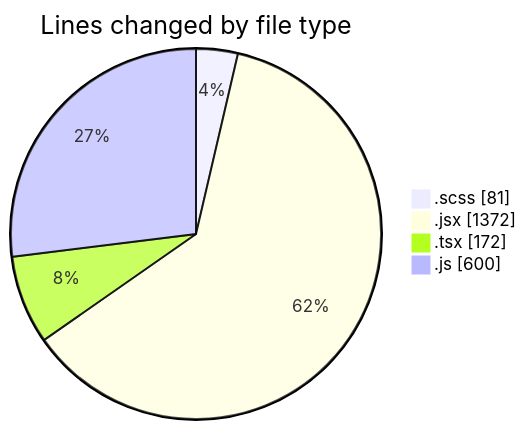
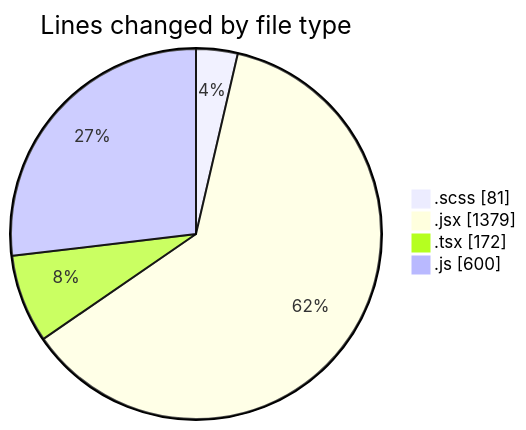
One commit to momahboobian/code-tracking changed the first of 2 diagrams in 2025-06-03/cda/README.md. Above: the diagram before and after it, drawn with Mermaid. The commit also changed other lines of this file and 1 other file, not shown here.

````diff
--- a/2025-06-03/cda/README.md
+++ b/2025-06-03/cda/README.md
@@ -25,8 +25,8 @@
 ```mermaid
 pie showData
 title Lines changed by file type
 ".scss" : 81
-".jsx" : 1372
+".jsx" : 1379
 ".tsx" : 172
 ".js" : 600
 ```
````
